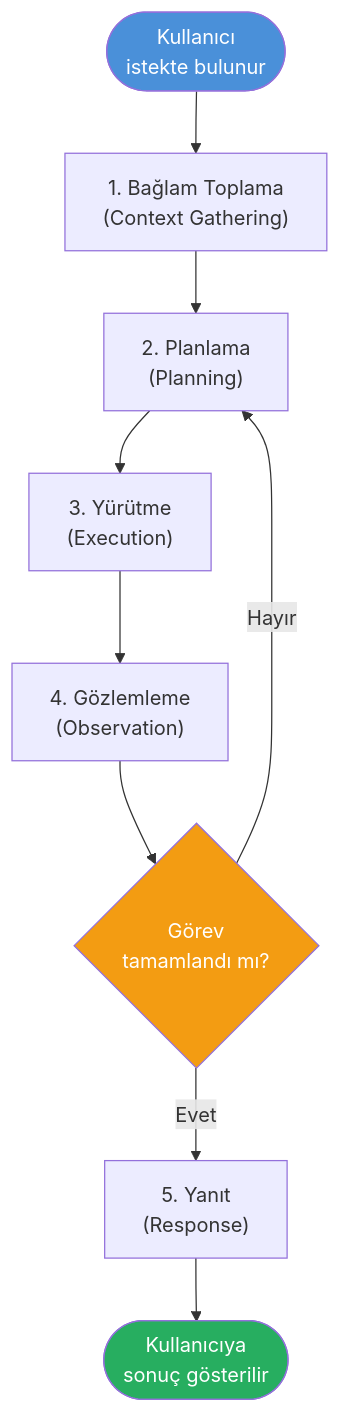
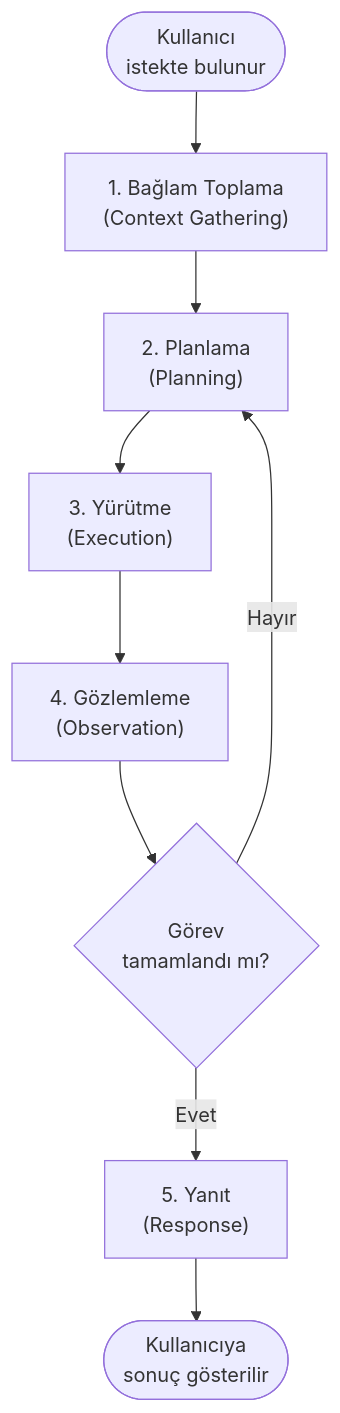
Before and after one commit to IzzetYasinAtes/ClaudeCodeHandbook: the first of 6 diagrams in 06-claude-code-tanitim/02-claude-code-nasil-calisir.md, drawn with Mermaid. The commit also changed other lines of this file and 97 other files, not shown here.

Commit message:
Remove all custom Mermaid style/fill colors from 98 markdown files for consistent dark theme rendering

````diff
--- a/06-claude-code-tanitim/02-claude-code-nasil-calisir.md
+++ b/06-claude-code-tanitim/02-claude-code-nasil-calisir.md
@@ -18,15 +18,12 @@
 ```mermaid
 flowchart TD
     START(["Kullanıcı<br/>istekte bulunur"]) --> GATHER["1. Bağlam Toplama<br/>(Context Gathering)"]
     GATHER --> PLAN["2. Planlama<br/>(Planning)"]
     PLAN --> EXEC["3. Yürütme<br/>(Execution)"]
     EXEC --> OBSERVE["4. Gözlemleme<br/>(Observation)"]
     OBSERVE --> CHECK{"Görev<br/>tamamlandı mı?"}
     CHECK -->|"Hayır"| PLAN
     CHECK -->|"Evet"| RESPOND["5. Yanıt<br/>(Response)"]
     RESPOND --> END(["Kullanıcıya<br/>sonuç gösterilir"])
 
-    style START fill:#4A90D9,color:#fff
-    style END fill:#27AE60,color:#fff
-    style CHECK fill:#F39C12,color:#fff
 ```
````
